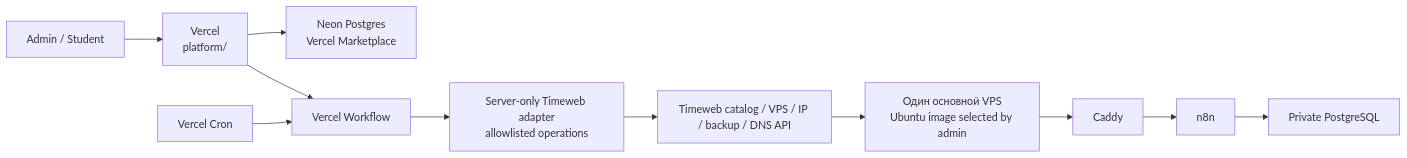
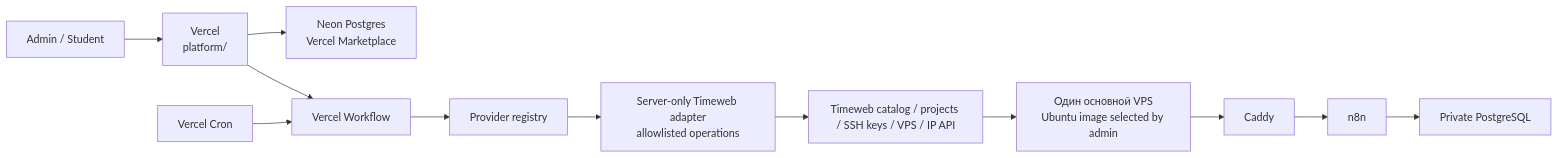
Before and after one commit to marcusaure1ius/alfa-ai-course: the first of 3 diagrams in docs/architecture.md, drawn with Mermaid. The commit also changed other lines of this file and 28 other files, not shown here.

````diff
--- a/docs/architecture.md
+++ b/docs/architecture.md
@@ -16,13 +16,14 @@
 ```mermaid
 flowchart LR
   U["Admin / Student"] --> V["Vercel\nplatform/"]
   V --> DB["Neon Postgres\nVercel Marketplace"]
   V --> WF["Vercel Workflow"]
   CR["Vercel Cron"] --> WF
-  WF --> A["Server-only Timeweb adapter\nallowlisted operations"]
-  A --> TW["Timeweb catalog / VPS / IP / backup / DNS API"]
+  WF --> R["Provider registry"]
+  R --> A["Server-only Timeweb adapter\nallowlisted operations"]
+  A --> TW["Timeweb catalog / projects / SSH keys / VPS / IP API"]
   TW --> VPS["Один основной VPS\nUbuntu image selected by admin"]
   VPS --> C["Caddy"]
   C --> N["n8n"]
   N --> P["Private PostgreSQL"]
 ```
````
